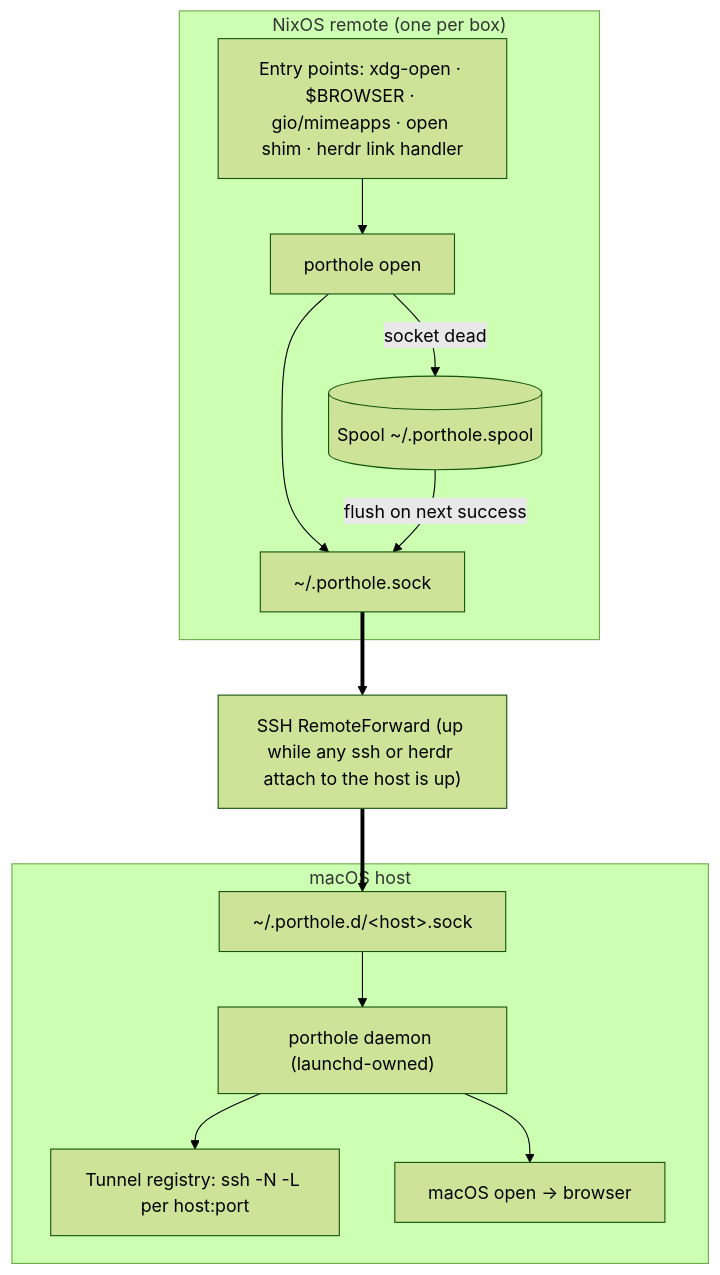
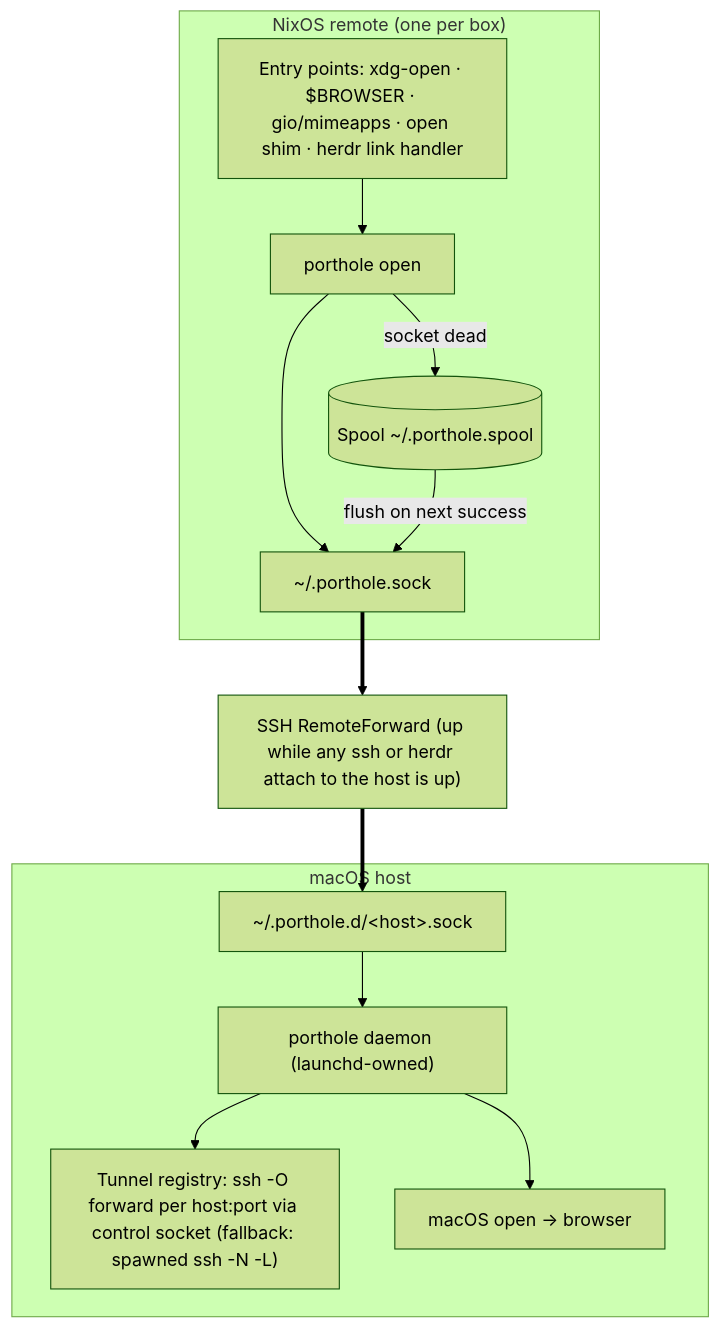
One commit to mattrobenolt/porthole changed the second of 2 diagrams in ARCHITECTURE.md. Above: the diagram before and after it, drawn with Mermaid (forest theme). The commit also changed other lines of this file and 7 other files, not shown here.

First line of the commit message:
Tunnels via ssh -O forward on the session control socket; OAuth callback sniffing

````diff
--- a/ARCHITECTURE.md
+++ b/ARCHITECTURE.md
@@ -84,27 +86,27 @@
 ```mermaid
 flowchart TB
   subgraph R["NixOS remote (one per box)"]
     E["Entry points: xdg-open · $BROWSER · gio/mimeapps · open shim · herdr link handler"]
     C["porthole open"]
     RS["~/.porthole.sock"]
     SP[("Spool ~/.porthole.spool")]
     E --> C
     C --> RS
     C -- "socket dead" --> SP
     SP -- "flush on next success" --> RS
   end
 
   SSH["SSH RemoteForward (up while any ssh or herdr attach to the host is up)"]
 
   subgraph M["macOS host"]
     SK["~/.porthole.d/&lt;host&gt;.sock"]
     D["porthole daemon (launchd-owned)"]
-    TR["Tunnel registry: ssh -N -L per host:port"]
+    TR["Tunnel registry: ssh -O forward per host:port via control socket (fallback: spawned ssh -N -L)"]
     BR["macOS open → browser"]
     SK --> D
     D --> TR
     D --> BR
   end
 
   RS ==> SSH ==> SK
 ```
````
